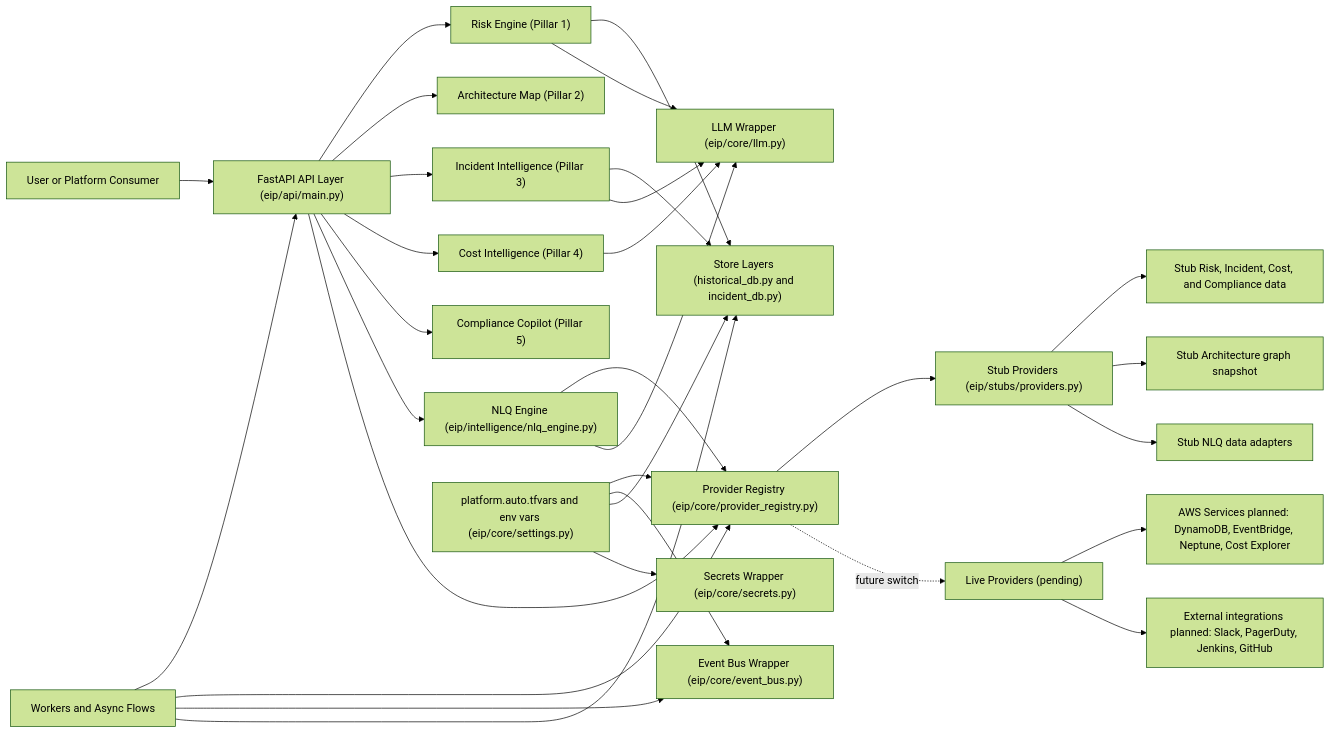
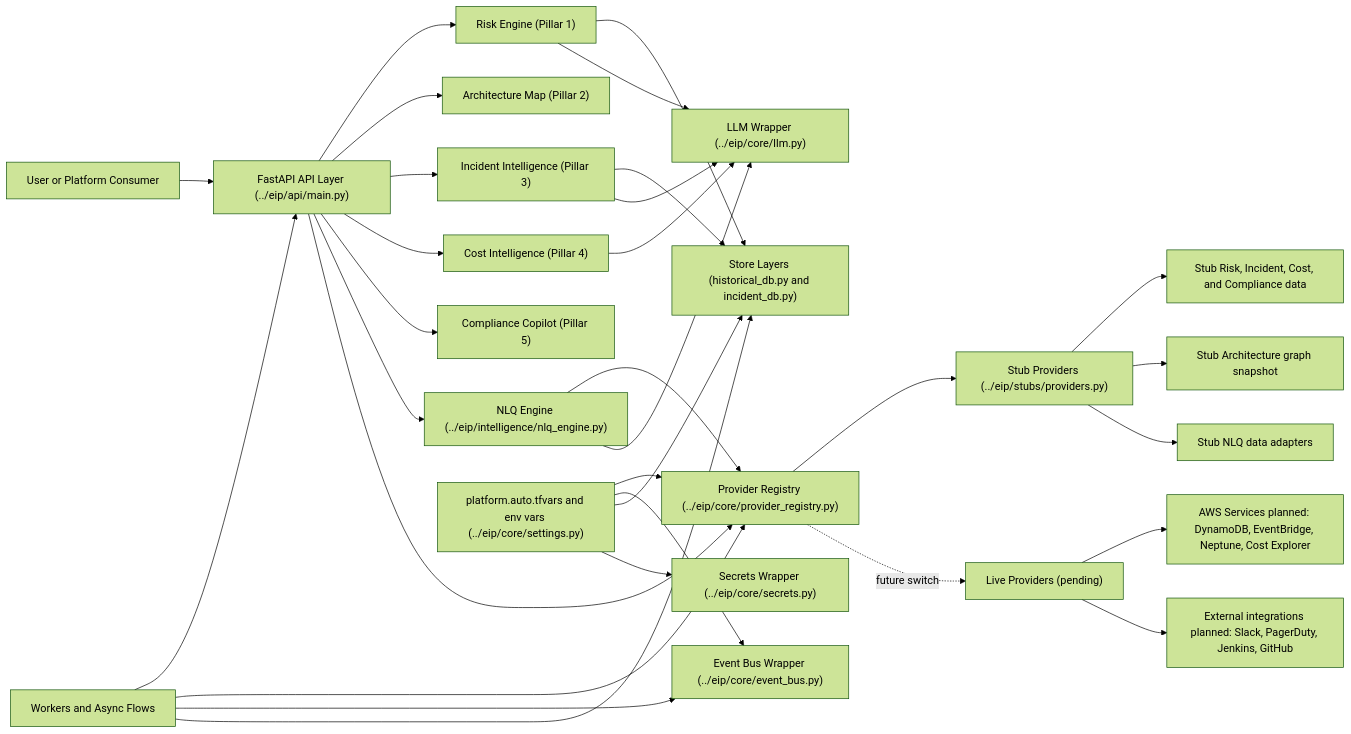
One commit to Sud1691/Engineering-Intelligence-Platform changed the first of 2 diagrams in docs/architecture.md. Above: the diagram before and after it, drawn with Mermaid (forest theme). The commit also changed 28 other files, not shown here.

````diff
--- a/docs/architecture.md
+++ b/docs/architecture.md
@@ -9,39 +9,39 @@
 ```mermaid
 flowchart LR
-  U["User or Platform Consumer"] --> A["FastAPI API Layer (eip/api/main.py)"]
+  U["User or Platform Consumer"] --> A["FastAPI API Layer (../eip/api/main.py)"]
   C["Workers and Async Flows"] --> A
   A --> R["Risk Engine (Pillar 1)"]
   A --> M["Architecture Map (Pillar 2)"]
   A --> I["Incident Intelligence (Pillar 3)"]
   A --> K["Cost Intelligence (Pillar 4)"]
   A --> S["Compliance Copilot (Pillar 5)"]
-  A --> N["NLQ Engine (eip/intelligence/nlq_engine.py)"]
+  A --> N["NLQ Engine (../eip/intelligence/nlq_engine.py)"]
 
-  N --> PR["Provider Registry (eip/core/provider_registry.py)"]
+  N --> PR["Provider Registry (../eip/core/provider_registry.py)"]
   A --> PR
   C --> PR
 
-  PR --> ST["Stub Providers (eip/stubs/providers.py)"]
+  PR --> ST["Stub Providers (../eip/stubs/providers.py)"]
   PR -.->|future switch| LV["Live Providers (pending)"]
 
-  CFG["platform.auto.tfvars and env vars (eip/core/settings.py)"] --> PR
-  CFG --> EB["Event Bus Wrapper (eip/core/event_bus.py)"]
+  CFG["platform.auto.tfvars and env vars (../eip/core/settings.py)"] --> PR
+  CFG --> EB["Event Bus Wrapper (../eip/core/event_bus.py)"]
   CFG --> DB["Store Layers (historical_db.py and incident_db.py)"]
-  CFG --> SEC["Secrets Wrapper (eip/core/secrets.py)"]
+  CFG --> SEC["Secrets Wrapper (../eip/core/secrets.py)"]
 
   C --> EB
   C --> DB
   R --> DB
   I --> DB
-  R --> LLM["LLM Wrapper (eip/core/llm.py)"]
+  R --> LLM["LLM Wrapper (../eip/core/llm.py)"]
   I --> LLM
   K --> LLM
   N --> LLM
 
   ST --> D1["Stub Risk, Incident, Cost, and Compliance data"]
   ST --> D2["Stub Architecture graph snapshot"]
   ST --> D3["Stub NLQ data adapters"]
 
   LV --> AWS["AWS Services planned: DynamoDB, EventBridge, Neptune, Cost Explorer"]
   LV --> EXT["External integrations planned: Slack, PagerDuty, Jenkins, GitHub"]
 ```
````
